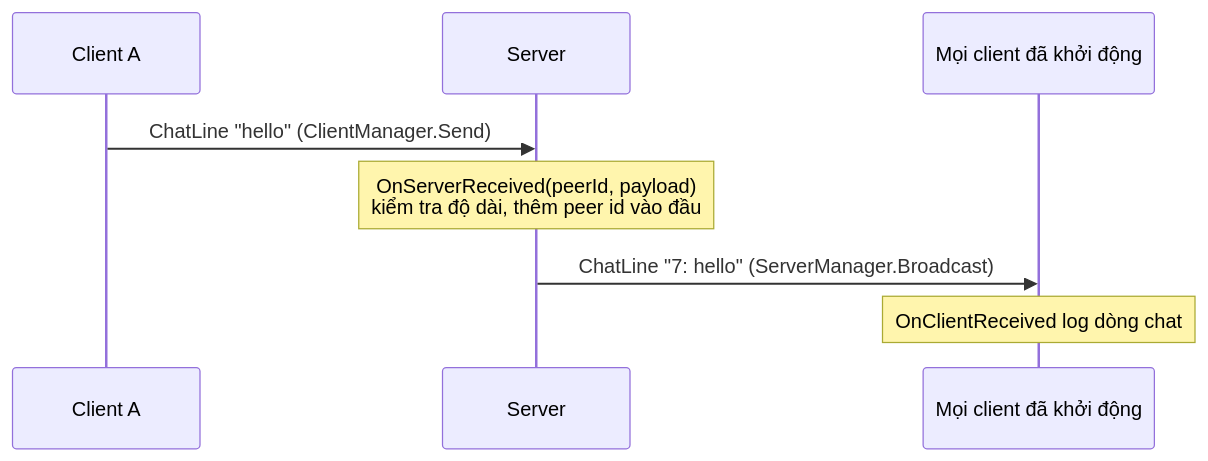
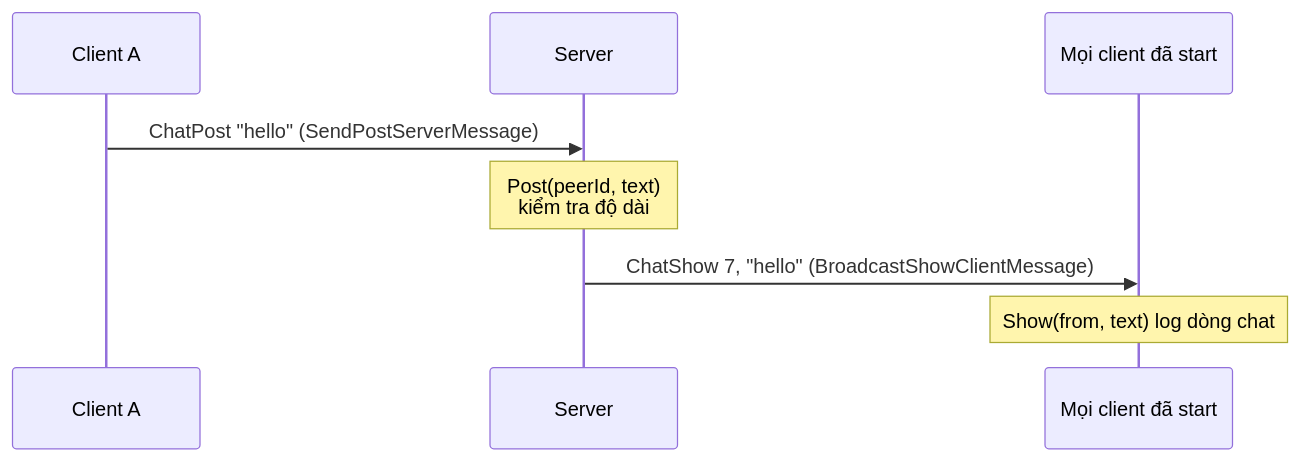
The diagram in vi/messaging/messages.md (fomoxa/unity-docs), drawn with Mermaid before and after one commit. The commit also changed other lines of this file and 21 other files, not shown here.

````diff
--- a/vi/messaging/messages.md
+++ b/vi/messaging/messages.md
@@ -87,10 +46,10 @@
 ```mermaid
 sequenceDiagram
     participant A as Client A
     participant Server
-    participant Others as Mọi client đã khởi động
-    A->>Server: ChatLine "hello" (ClientManager.Send)
-    Note over Server: OnServerReceived(peerId, payload)<br/>kiểm tra độ dài, thêm peer id vào đầu
-    Server->>Others: ChatLine "7: hello" (ServerManager.Broadcast)
-    Note over Others: OnClientReceived log dòng chat
+    participant Others as Mọi client đã start
+    A->>Server: ChatPost "hello" (SendPostServerMessage)
+    Note over Server: Post(peerId, text)<br/>kiểm tra độ dài
+    Server->>Others: ChatShow 7, "hello" (BroadcastShowClientMessage)
+    Note over Others: Show(from, text) log dòng chat
 ```
````
